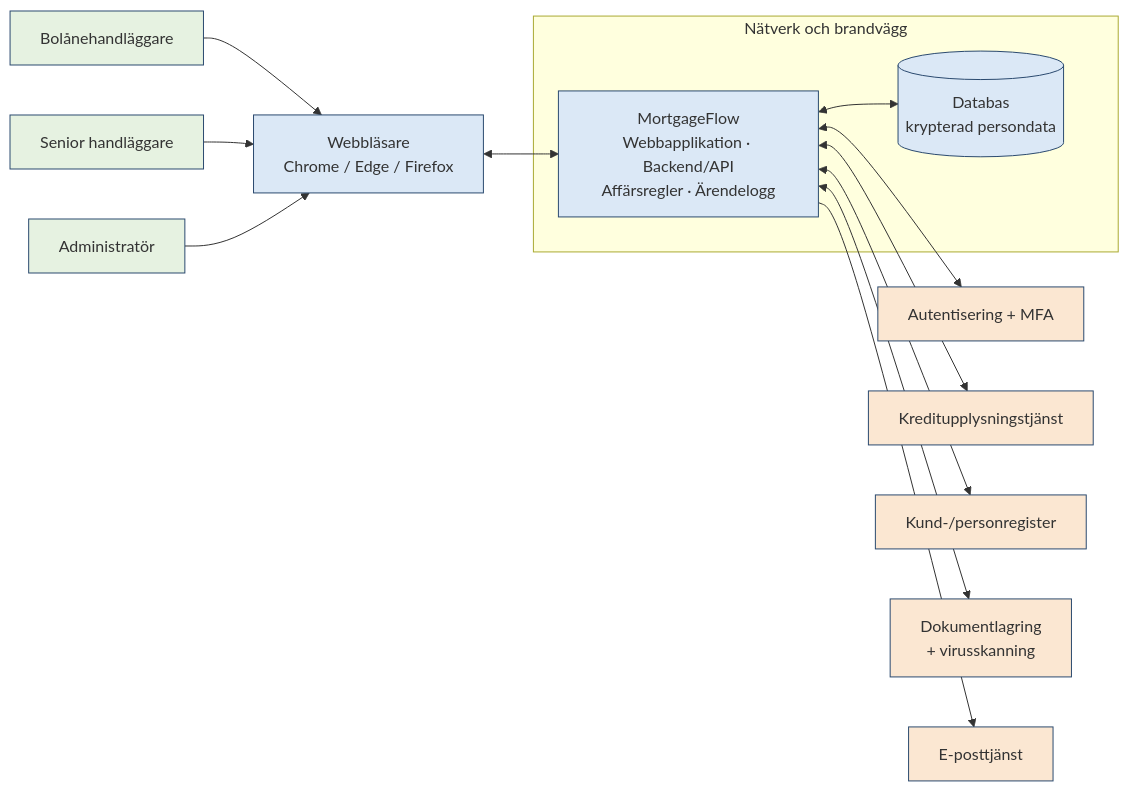
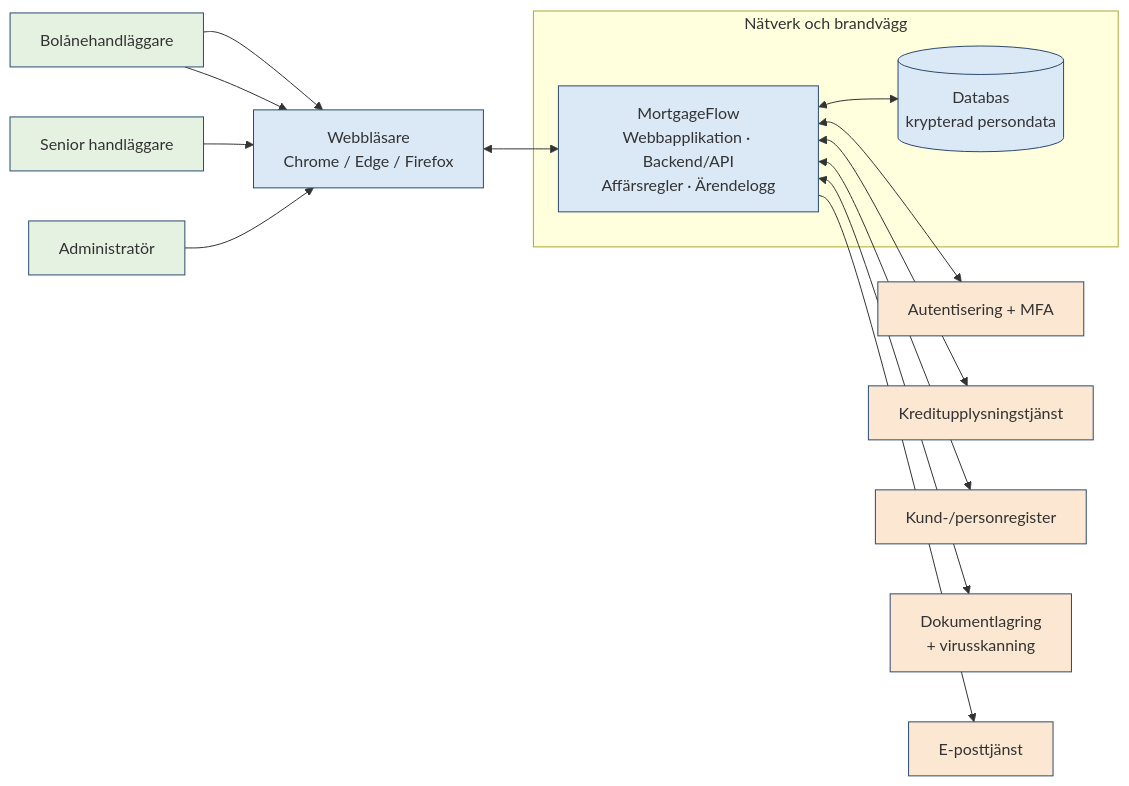
Before and after one commit to WoodyViking/NordicShop: the diagram in mortag-flow/teststrategi.md, drawn with Mermaid.

Commit message:
Update flowchart in teststrategi.md

````diff
--- a/mortag-flow/teststrategi.md
+++ b/mortag-flow/teststrategi.md
@@ -271,26 +271,27 @@
 ```mermaid
 flowchart LR
+    H[Kund] --> B
     H[Bolånehandläggare] --> B
     S[Senior handläggare] --> B
     A[Administratör] --> B
     B["Webbläsare<br/>Chrome / Edge / Firefox"] <--> MF
 
     subgraph NB["Nätverk och brandvägg"]
         MF["MortgageFlow<br/>Webbapplikation · Backend/API<br/>Affärsregler · Ärendelogg"]
         DB[("Databas<br/>krypterad persondata")]
         MF <--> DB
     end
 
     MF <--> MFA["Autentisering + MFA"]
     MF <--> KU["Kreditupplysningstjänst"]
     MF <--> KR["Kund-/personregister"]
     MF <--> DOK["Dokumentlagring<br/>+ virusskanning"]
     MF --> EP["E-posttjänst"]
 
     classDef own fill:#dbe8f6,stroke:#2b4a6f;
     classDef ext fill:#fbe7d2,stroke:#2b4a6f;
     classDef usr fill:#e6f2e1,stroke:#2b4a6f;
     class MF,DB,B own;
     class MFA,KU,KR,DOK,EP ext;
     class H,S,A usr;
 ```
````
